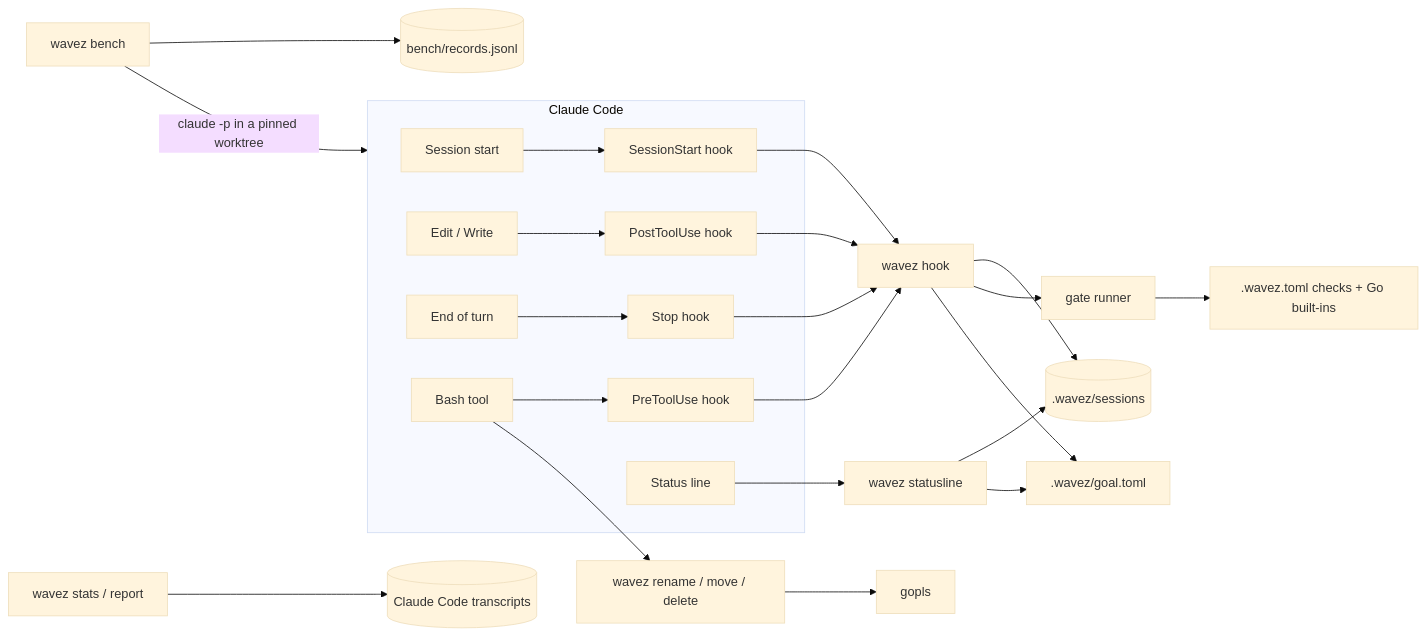
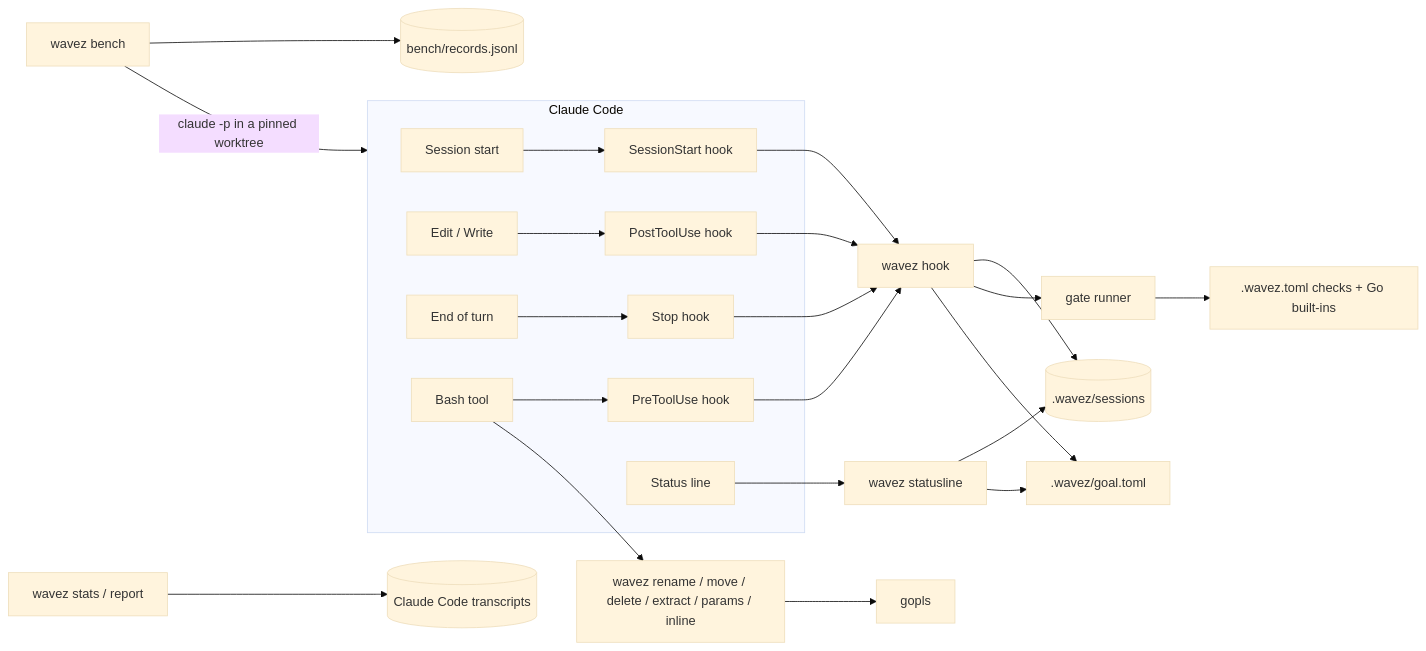
The diagram in DESIGN.md (KyleKing/wavez), drawn with Mermaid (base theme) before and after one commit. The commit also changed other lines of this file and 15 other files, not shown here.

First line of the commit message:
feat(refactor): add extract, params, and inline commands over gopls code actions

````diff
--- a/DESIGN.md
+++ b/DESIGN.md
@@ -48,26 +48,26 @@
 ```mermaid
 flowchart LR
     subgraph harness [Claude Code]
         Start[Session start] --> SS[SessionStart hook]
         Edit[Edit / Write] --> Post[PostToolUse hook]
         Turn[End of turn] --> Stop[Stop hook]
         Bash[Bash tool] --> Pre[PreToolUse hook]
         Line[Status line]
     end
     SS --> H[wavez hook]
     Post --> H
     Stop --> H
     Pre --> H
     H --> S[(.wavez/sessions)]
     H --> G[gate runner]
     H --> Goal[.wavez/goal.toml]
     G --> C[.wavez.toml checks + Go built-ins]
-    Bash --> R[wavez rename / move / delete]
+    Bash --> R[wavez rename / move / delete / extract / params / inline]
     R --> gopls
     Line --> SL[wavez statusline]
     SL --> S
     SL --> Goal
     B[wavez bench] -->|claude -p in a pinned worktree| harness
     B --> Rec[(bench/records.jsonl)]
     T[wavez stats / report] --> Tr[(Claude Code transcripts)]
 ```
````
